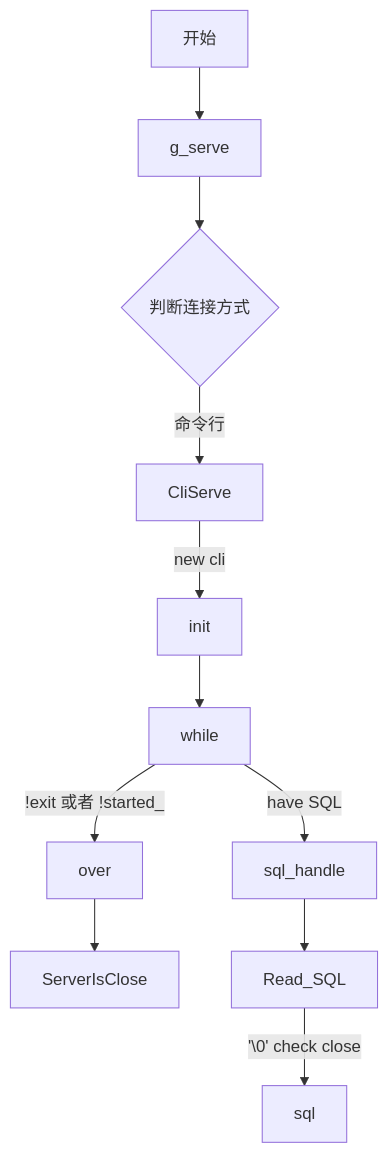
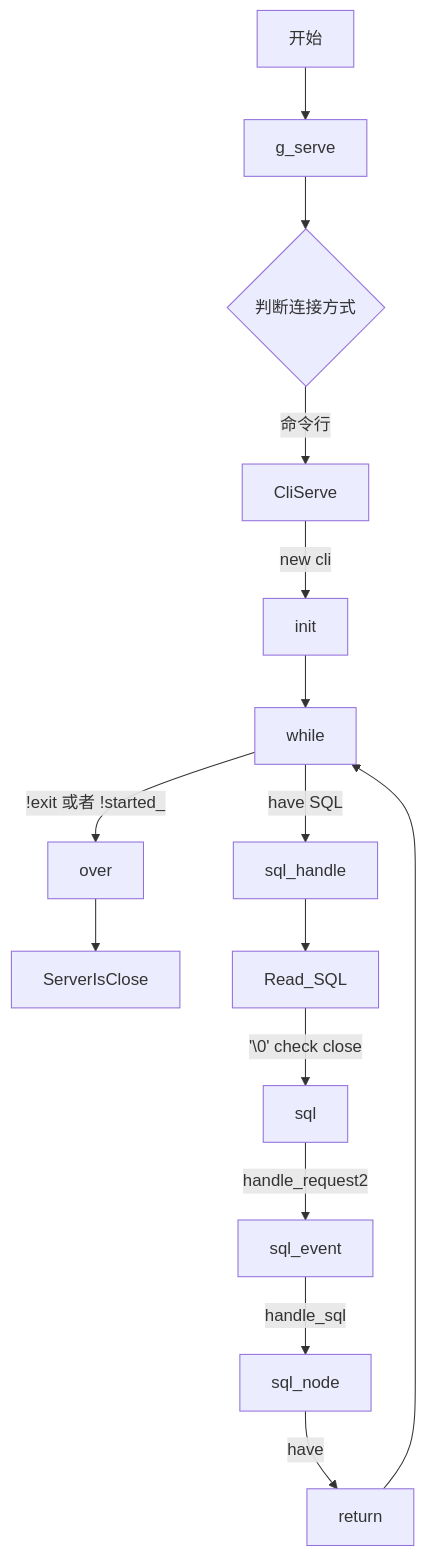
The diagram in article/2026_09_26.md (jyoushitou/Blog-Article), drawn with Mermaid before and after one commit.

Commit message:
20260926v06

````diff
--- a/article/2026_09_26.md
+++ b/article/2026_09_26.md
@@ -208,14 +208,17 @@
 ```mermaid
 graph TD
   main[开始] --> g_serve
   g_serve --> serve{判断连接方式}
   serve -->|命令行| cli[CliServe]
   cli --> |new cli| init
   init --> while
   while --> |have SQL| sql_handle
   while --> |!exit 或者 !started_ | over
   over --> ServerIsClose
   sql_handle --> Read_SQL
   Read_SQL --> |'\0' check close| sql
-  sql
+  sql -->  |handle_request2| sql_event
+  sql_event --> |handle_sql| sql_node
+  sql_node --> |have| return 
+  return --> while
 ```
````
